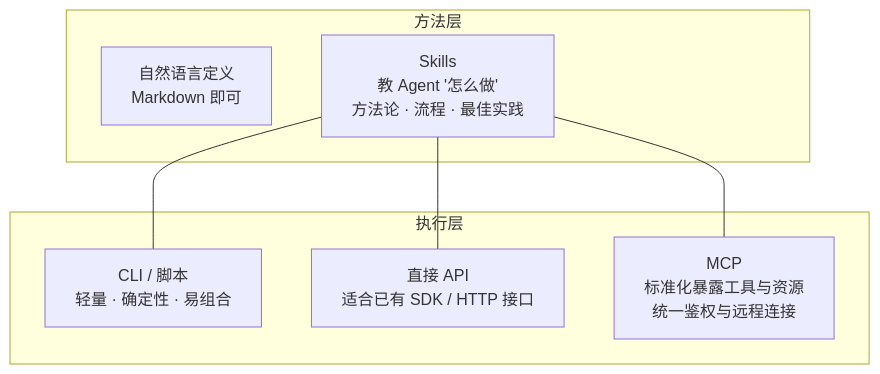
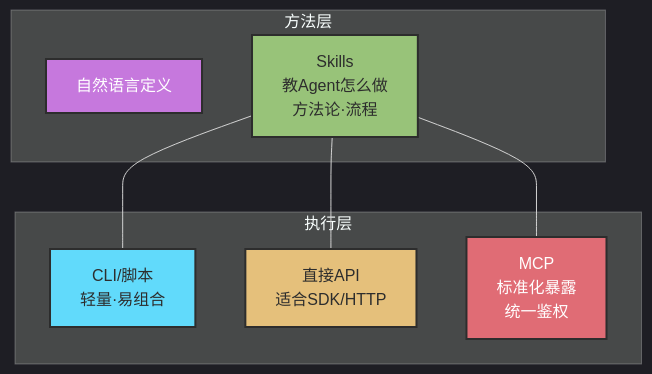
The seventh of 9 diagrams in docs/ch02-concepts/part-2-concepts.md (zht043/AgenticCodingTutorial), drawn with Mermaid before and after one commit. The commit also changed other lines of this file and 53 other files, not shown here.

First line of the commit message:
feat: 重构文档结构，新增章节并优化 mermaid 图表

````diff
--- a/docs/ch02-concepts/part-2-concepts.md
+++ b/docs/ch02-concepts/part-2-concepts.md
@@ -390,17 +269,27 @@
 ```mermaid
+---
+config:
+  theme: dark
+---
 flowchart TB
+    classDef method fill:#c678dd,stroke:#2d2d2d,stroke-width:2px,color:#fff
+    classDef skill fill:#98c379,stroke:#2d2d2d,stroke-width:2px,color:#2d2d2d
+    classDef cli fill:#61dafb,stroke:#2d2d2d,stroke-width:2px,color:#2d2d2d
+    classDef api fill:#e5c07b,stroke:#2d2d2d,stroke-width:2px,color:#2d2d2d
+    classDef mcp fill:#e06c75,stroke:#2d2d2d,stroke-width:2px,color:#fff
+
     subgraph Method["方法层"]
-        S1["自然语言定义<br/>Markdown 即可"]
-        S2["Skills<br/>教 Agent '怎么做'<br/>方法论 · 流程 · 最佳实践"]
+        S1["自然语言定义"]:::method
+        S2["Skills<br/>教Agent怎么做<br/>方法论·流程"]:::skill
     end
 
     subgraph Runtime["执行层"]
-        C1["CLI / 脚本<br/>轻量 · 确定性 · 易组合"]
-        C2["直接 API<br/>适合已有 SDK / HTTP 接口"]
-        C3["MCP<br/>标准化暴露工具与资源<br/>统一鉴权与远程连接"]
+        C1["CLI/脚本<br/>轻量·易组合"]:::cli
+        C2["直接API<br/>适合SDK/HTTP"]:::api
+        C3["MCP<br/>标准化暴露<br/>统一鉴权"]:::mcp
     end
 
     S2 --- C1
     S2 --- C2
     S2 --- C3
 ```
````
